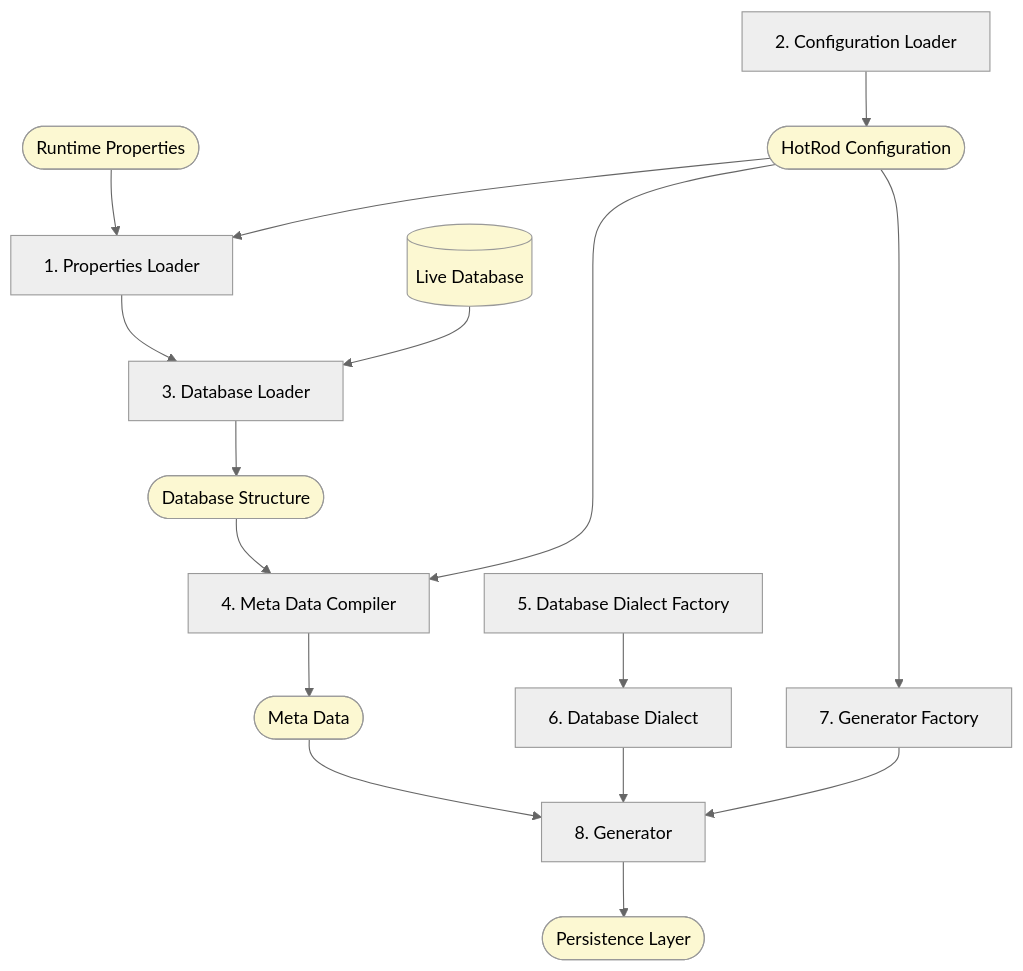
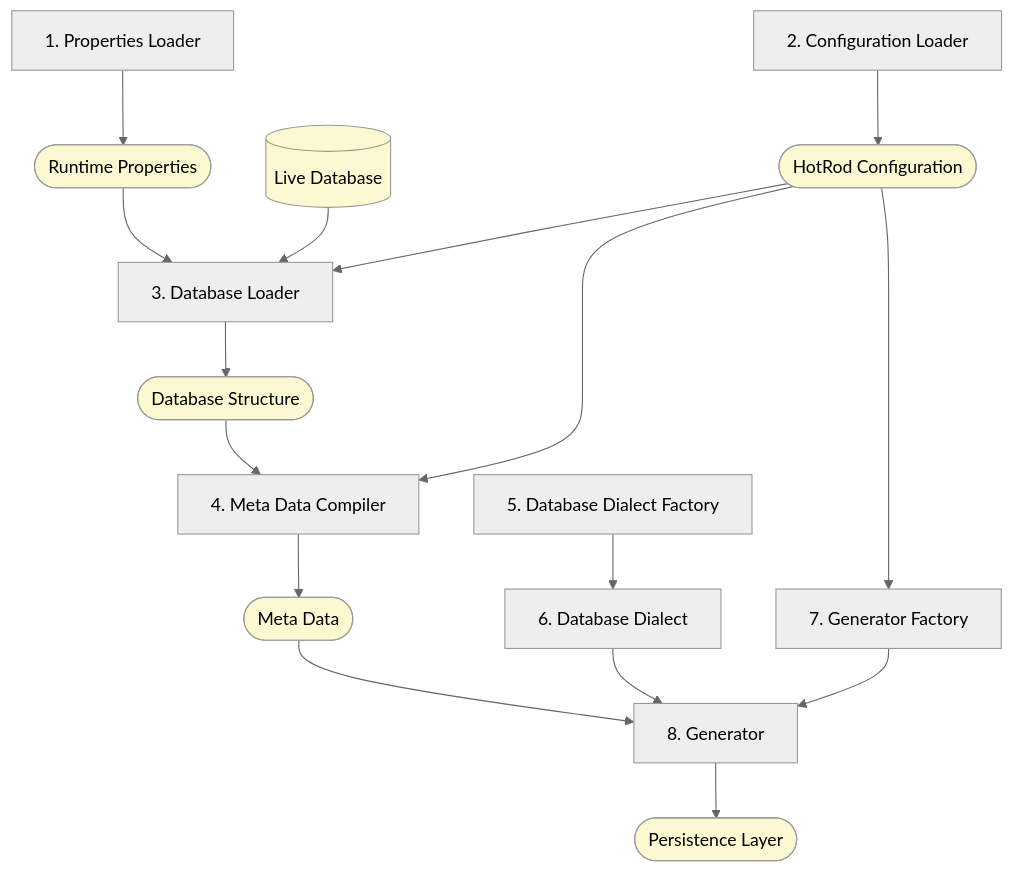
One commit to hotrodorm/hotrod changed the diagram in hotrod-project/docs/architecture.md. Above: the diagram before and after it, drawn with Mermaid (neutral theme).

````diff
--- a/hotrod-project/docs/architecture.md
+++ b/hotrod-project/docs/architecture.md
@@ -17,30 +17,30 @@
 ```mermaid
 graph TD;
 
-B([Runtime Properties]) --> A[1. Properties Loader];
+A[1. Properties Loader] --> B([Runtime Properties]);
 style B fill:#fcf8d2
 
-A --> F[3. Database Loader];
+B --> F[3. Database Loader];
 G[(Live Database)] --> F;
 style G fill:#fcf8d2
 C[2. Configuration Loader] --> D([HotRod Configuration]);
 style D fill:#fcf8d2
-D --> A;
+D --> F;
 F --> E([Database Structure]);
 style E fill:#fcf8d2
 
 E --> H[4. Meta Data Compiler];
 D --> H;
 H --> I([Meta Data]);
 style I fill:#fcf8d2
 
 D --> J[7. Generator Factory];
 J --> K[8. Generator];
 I --> K;
 K --> L([Persistence Layer]);
 style L fill:#fcf8d2
 
 M[5. Database Dialect Factory] --> N[6. Database Dialect];
 N --> K;
 
 ```
````
